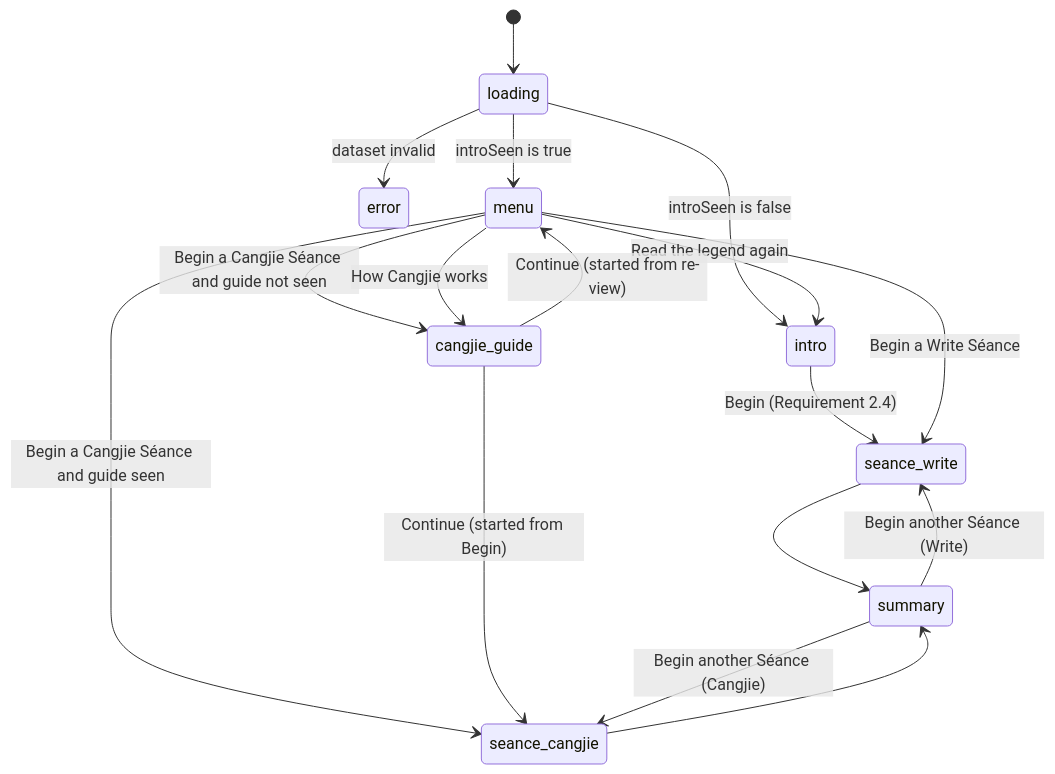
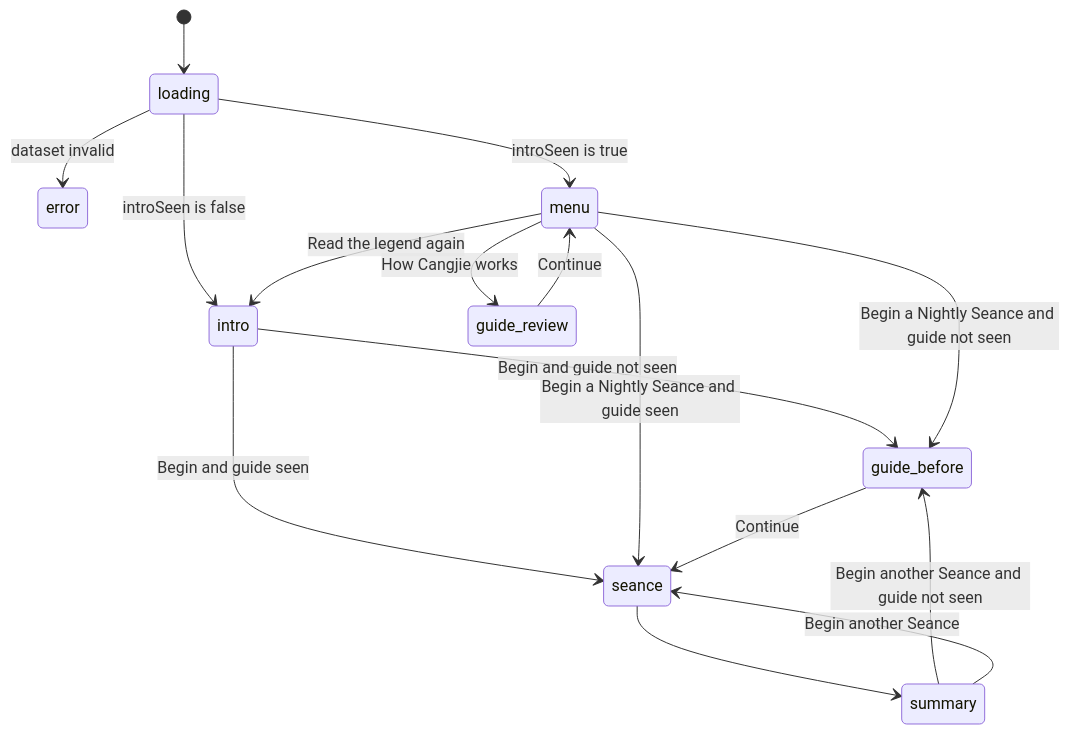
One commit to Taki-PRO/ghost-script changed the second of 3 diagrams in .kiro/specs/cangjie-seance/design.md. Above: the diagram before and after it, drawn with Mermaid. The commit also changed other lines of this file and 2 other files, not shown here.

````diff
--- a/.kiro/specs/cangjie-seance/design.md
+++ b/.kiro/specs/cangjie-seance/design.md
@@ -102,19 +102,18 @@
 ```mermaid
 stateDiagram-v2
     [*] --> loading
     loading --> error: dataset invalid
     loading --> intro: introSeen is false
     loading --> menu: introSeen is true
-    intro --> seance_write: Begin (Requirement 2.4)
-    menu --> seance_write: Begin a Write Séance
-    menu --> cangjie_guide: Begin a Cangjie Séance and guide not seen
-    menu --> seance_cangjie: Begin a Cangjie Séance and guide seen
-    menu --> cangjie_guide: How Cangjie works
+    intro --> guide_before: Begin and guide not seen
+    intro --> seance: Begin and guide seen
+    menu --> guide_before: Begin a Nightly Seance and guide not seen
+    menu --> seance: Begin a Nightly Seance and guide seen
+    menu --> guide_review: How Cangjie works
     menu --> intro: Read the legend again
-    cangjie_guide --> seance_cangjie: Continue (started from Begin)
-    cangjie_guide --> menu: Continue (started from re-view)
-    seance_write --> summary
-    seance_cangjie --> summary
-    summary --> seance_write: Begin another Séance (Write)
-    summary --> seance_cangjie: Begin another Séance (Cangjie)
+    guide_before --> seance: Continue
+    guide_review --> menu: Continue
+    seance --> summary
+    summary --> guide_before: Begin another Seance and guide not seen
+    summary --> seance: Begin another Seance
 ```
````
